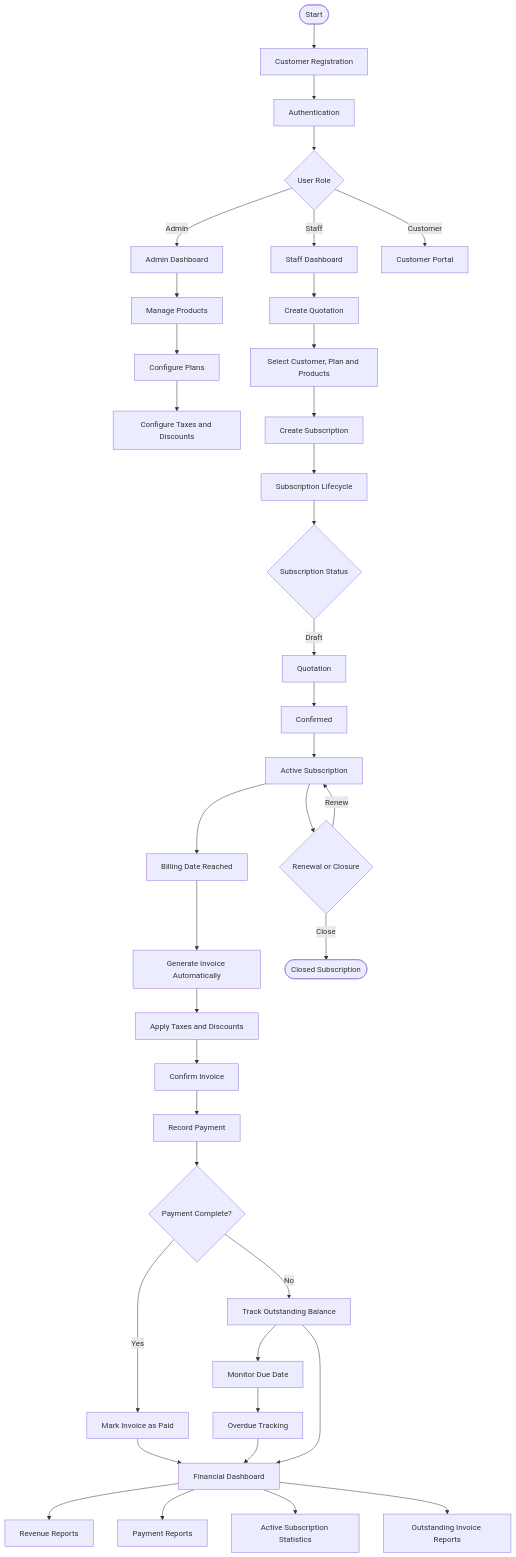
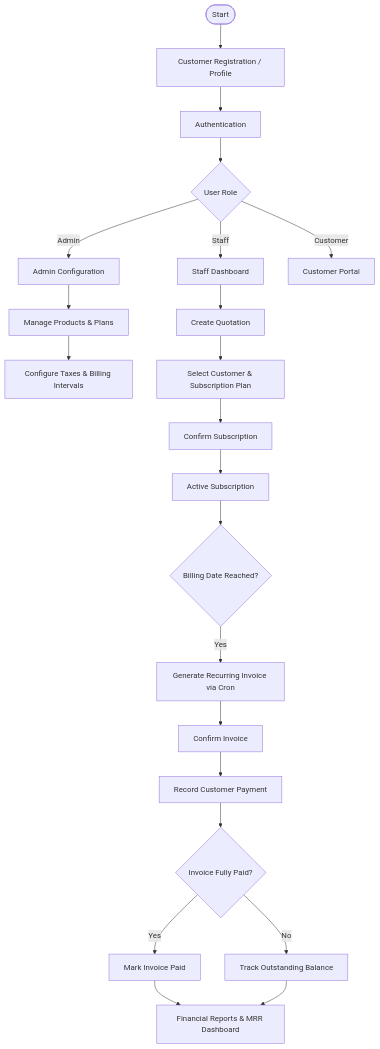
The first of 2 diagrams in README.md (PavanAnish/Odoo-team), drawn with Mermaid before and after one commit. The commit also changed other lines of this file and 113 other files, not shown here.

````diff
--- a/README.md
+++ b/README.md
@@ -94,52 +123,30 @@
-``` mermaid
+```mermaid
 flowchart TD
-    A([Start]) --> B[Customer Registration]
+    A([Start]) --> B[Customer Registration / Profile]
     B --> C[Authentication]
     C --> D{User Role}
 
-    D -->|Admin| E[Admin Dashboard]
+    D -->|Admin| E[Admin Configuration]
     D -->|Staff| F[Staff Dashboard]
     D -->|Customer| G[Customer Portal]
 
-    E --> H[Manage Products]
-    H --> I[Configure Plans]
-    I --> J[Configure Taxes and Discounts]
+    E --> H[Manage Products & Plans]
+    H --> I[Configure Taxes & Billing Intervals]
 
     F --> K[Create Quotation]
-    K --> L[Select Customer, Plan and Products]
-    L --> M[Create Subscription]
+    K --> L[Select Customer & Subscription Plan]
+    L --> M[Confirm Subscription]
 
-    M --> N[Subscription Lifecycle]
-    N --> O{Subscription Status}
-
-    O -->|Draft| P[Quotation]
-    P --> Q[Confirmed]
-    Q --> R[Active Subscription]
-
-    R --> S[Billing Date Reached]
-    S --> T[Generate Invoice Automatically]
-    T --> U[Apply Taxes and Discounts]
-    U --> V[Confirm Invoice]
-
-    V --> W[Record Payment]
-    W --> X{Payment Complete?}
+    M --> N[Active Subscription]
+    N --> S{Billing Date Reached?}
+    S -->|Yes| T[Generate Recurring Invoice via Cron]
+    T --> V[Confirm Invoice]
+    V --> W[Record Customer Payment]
+    W --> X{Invoice Fully Paid?}
 
     X -->|No| Y[Track Outstanding Balance]
-    Y --> Z[Monitor Due Date]
-    Z --> AA[Overdue Tracking]
+    X -->|Yes| AB[Mark Invoice Paid]
 
-    X -->|Yes| AB[Mark Invoice as Paid]
-
-    AB --> AC[Financial Dashboard]
-    AA --> AC
+    AB --> AC[Financial Reports & MRR Dashboard]
     Y --> AC
-
-    AC --> AD[Revenue Reports]
-    AC --> AE[Payment Reports]
-    AC --> AF[Active Subscription Statistics]
-    AC --> AG[Outstanding Invoice Reports]
-
-    R --> AH{Renewal or Closure}
-    AH -->|Renew| R
-    AH -->|Close| AI([Closed Subscription])
 ```
````
